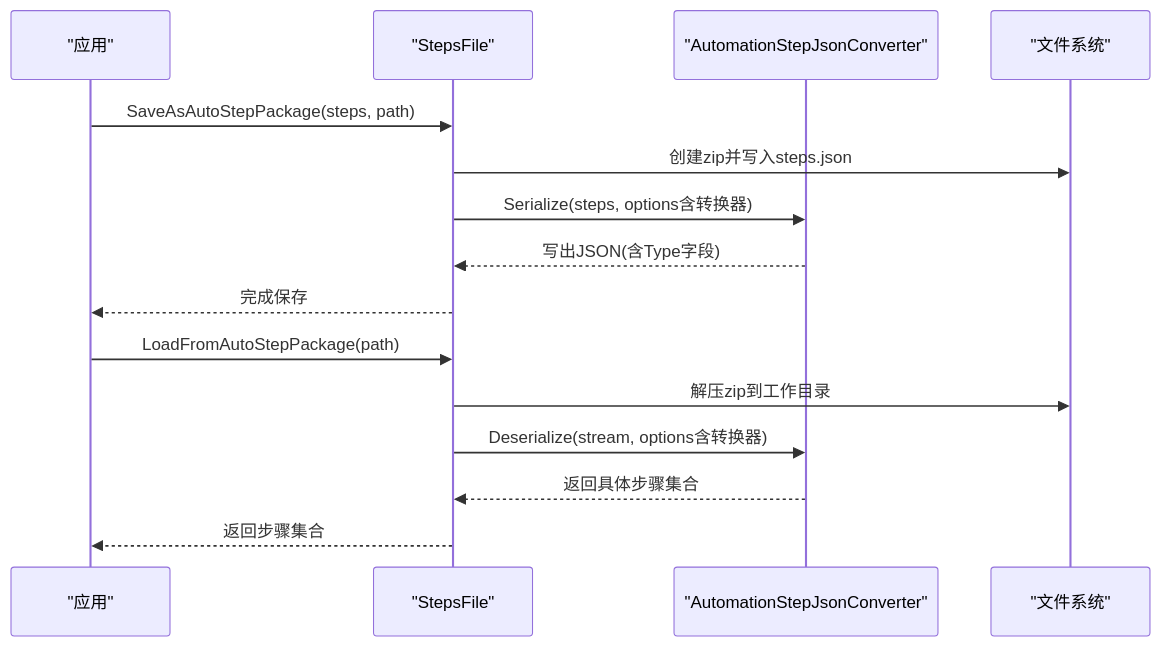
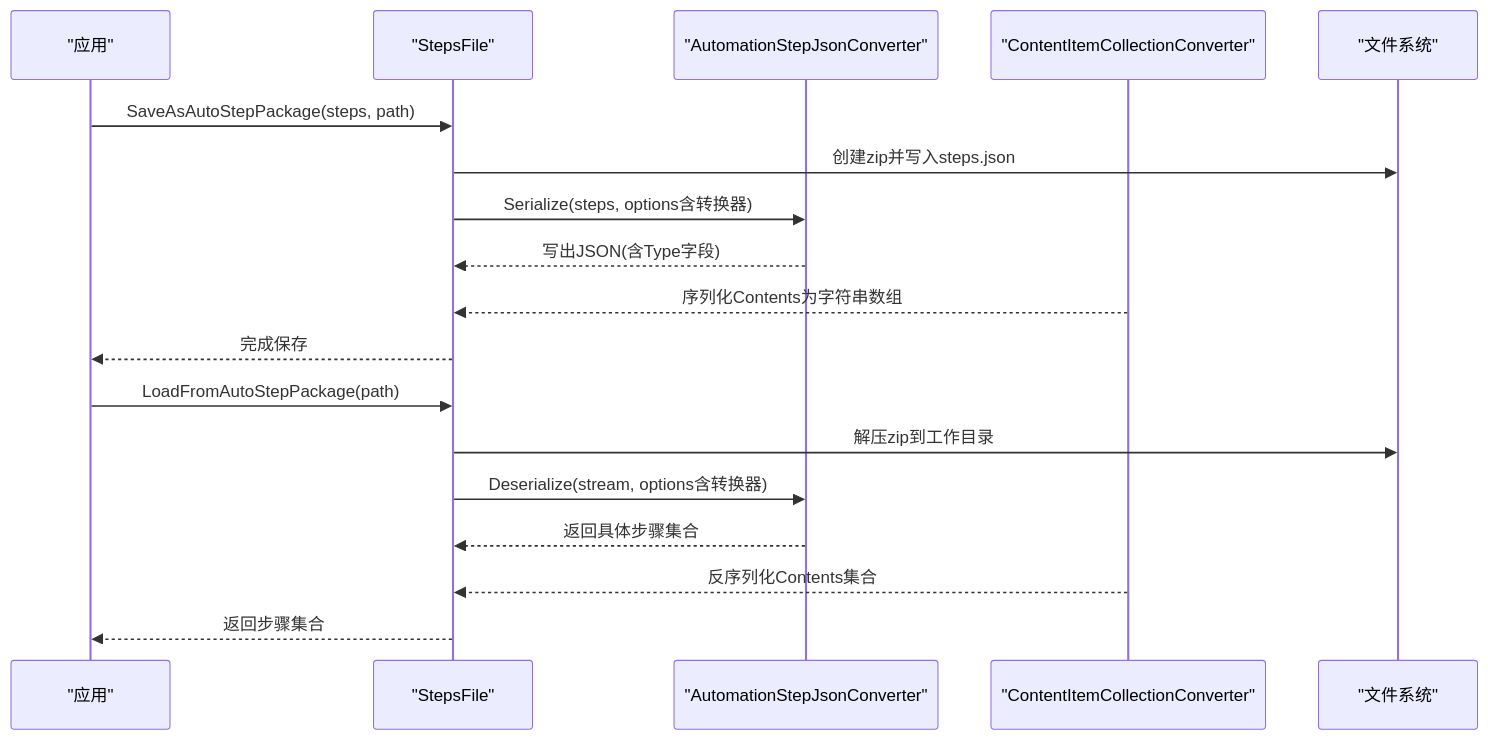
The sixth of 9 diagrams in .qoder/repowiki/zh/content/开发指南/自定义步骤开发.md (yooxii/ShaoLuAuto), drawn with Mermaid before and after one commit. The commit also changed other lines of this file and 45 other files, not shown here.

````diff
--- a/.qoder/repowiki/zh/content/开发指南/自定义步骤开发.md
+++ b/.qoder/repowiki/zh/content/开发指南/自定义步骤开发.md
@@ -247,17 +312,20 @@
 ```mermaid
 sequenceDiagram
 participant App as "应用"
 participant SF as "StepsFile"
 participant Conv as "AutomationStepJsonConverter"
+participant CC as "ContentItemCollectionConverter"
 participant FS as "文件系统"
 App->>SF : SaveAsAutoStepPackage(steps, path)
 SF->>FS : 创建zip并写入steps.json
 SF->>Conv : Serialize(steps, options含转换器)
 Conv-->>SF : 写出JSON(含Type字段)
+CC-->>SF : 序列化Contents为字符串数组
 SF-->>App : 完成保存
 App->>SF : LoadFromAutoStepPackage(path)
 SF->>FS : 解压zip到工作目录
 SF->>Conv : Deserialize(stream, options含转换器)
 Conv-->>SF : 返回具体步骤集合
+CC-->>SF : 反序列化Contents集合
 SF-->>App : 返回步骤集合
 ```
````
